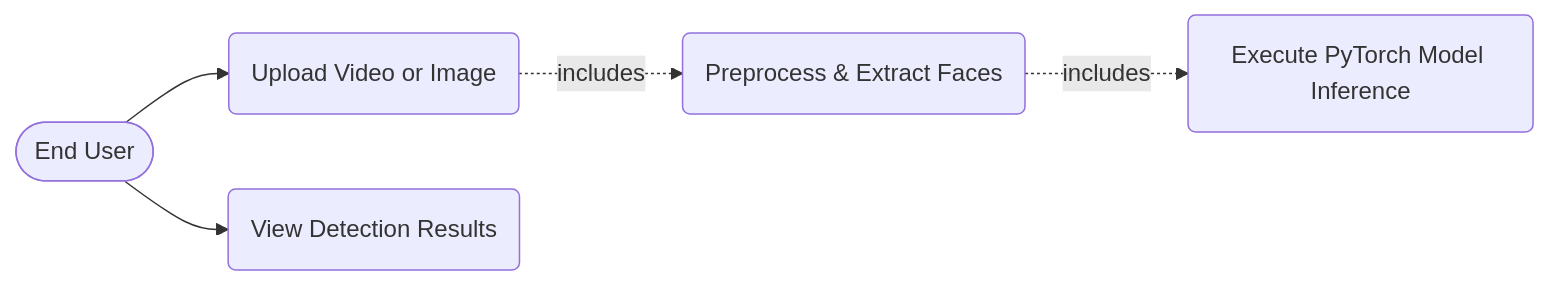
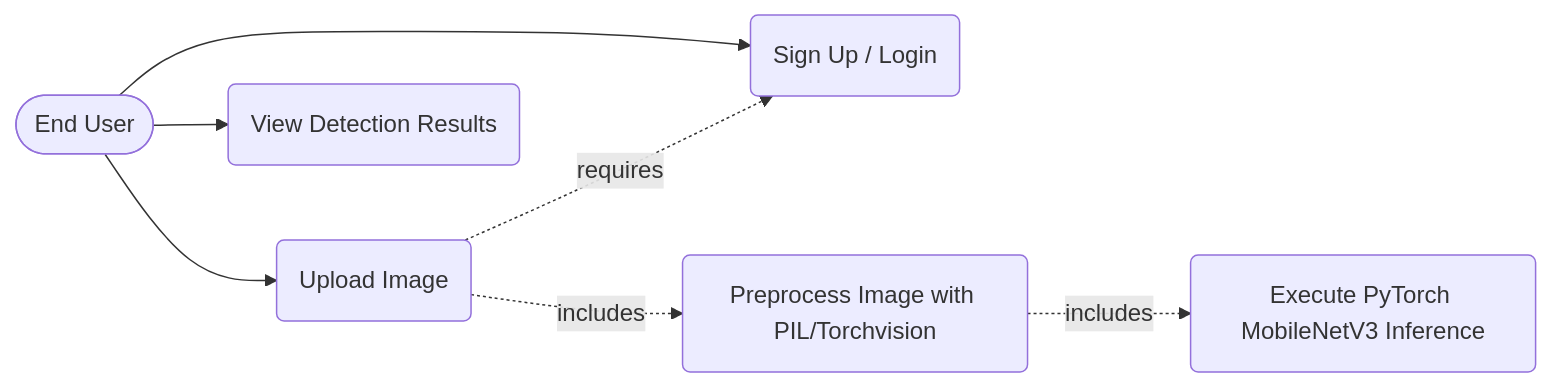
Before and after one commit to ItsDemonic/deepfake-detector: the third of 4 diagrams in README.md, drawn with Mermaid. The commit also changed other lines of this file and 1 other file, not shown here.

Commit message:
diagrams

````diff
--- a/README.md
+++ b/README.md
@@ -63,7 +66,9 @@
 ```mermaid
 flowchart LR
-    User([End User]) --> U1(Upload Video or Image)
+    User([End User]) --> U0(Sign Up / Login)
+    User --> U1(Upload Image)
     User --> U2(View Detection Results)
-    U1 -.->|includes| P1(Preprocess & Extract Faces)
-    P1 -.->|includes| I1(Execute PyTorch Model Inference)
+    U1 -.->|requires| U0
+    U1 -.->|includes| P1(Preprocess Image with PIL/Torchvision)
+    P1 -.->|includes| I1(Execute PyTorch MobileNetV3 Inference)
 ```
````
